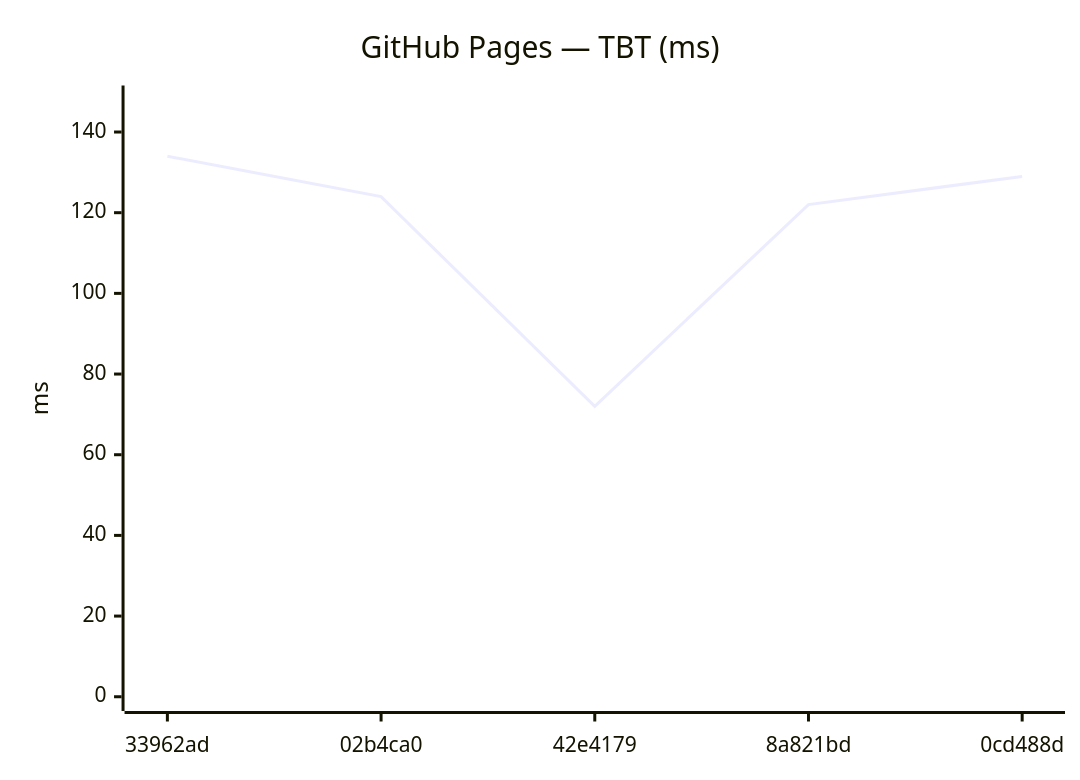
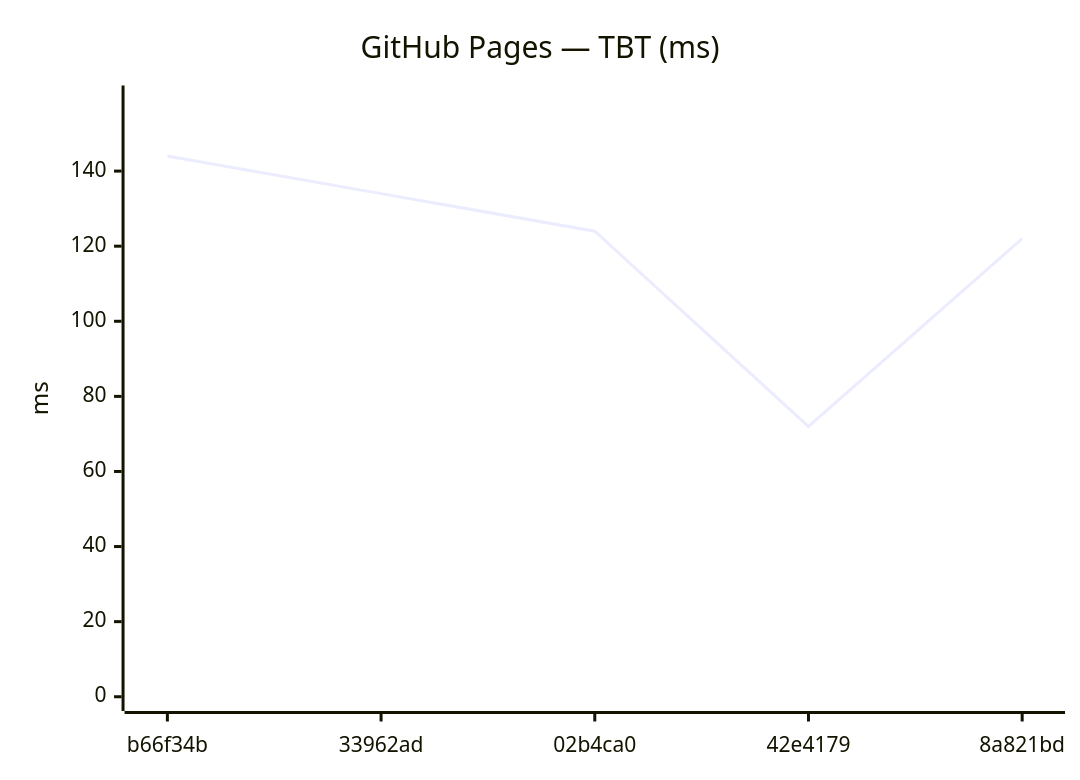
Before and after one commit to Metaheurist/Rianell: the tenth of 18 diagrams in benchmarks/compare.md, drawn with Mermaid. The commit also changed other lines of this file and 11 other files, not shown here.

````diff
--- a/benchmarks/compare.md
+++ b/benchmarks/compare.md
@@ -149,7 +149,7 @@
 ```mermaid
 xychart-beta
     title "GitHub Pages — TBT (ms)"
-    x-axis ["33962ad", "02b4ca0", "42e4179", "8a821bd", "0cd488d"]
-    y-axis "ms" 0 --> 148
-    line [134, 124, 72, 122, 129]
+    x-axis ["b66f34b", "33962ad", "02b4ca0", "42e4179", "8a821bd"]
+    y-axis "ms" 0 --> 159
+    line [144, 134, 124, 72, 122]
 ```
````
